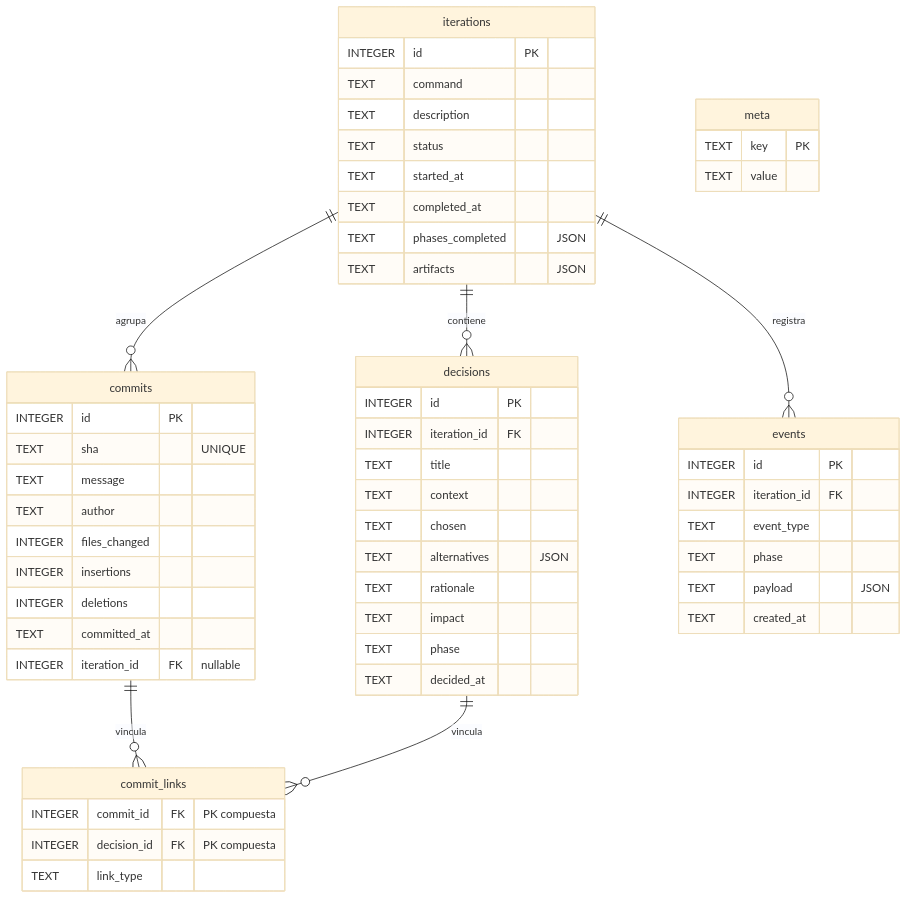
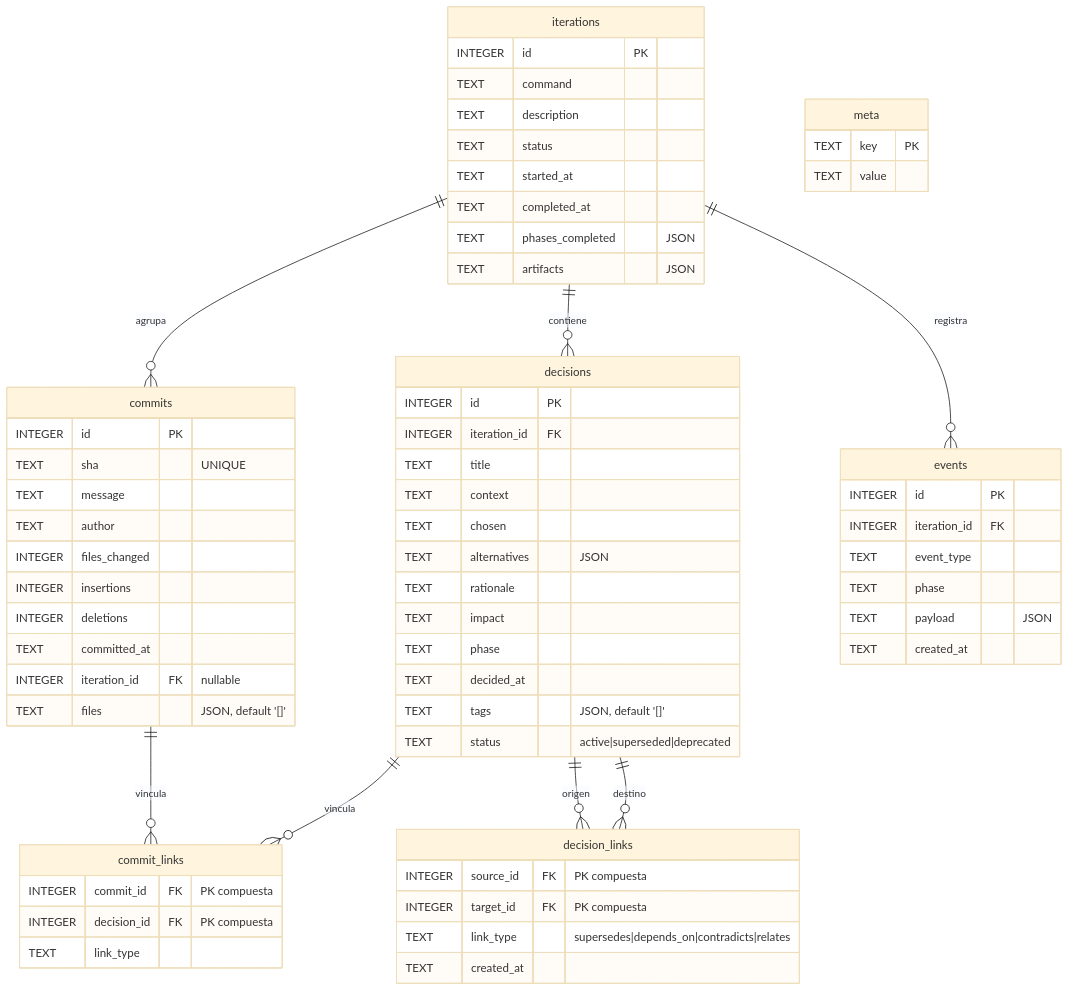
Before and after one commit to 686f6c61/Claude-JARVIS-dev: the first of 2 diagrams in docs/memory.md, drawn with Mermaid (base theme). The commit also changed other lines of this file and 5 other files, not shown here.

````diff
--- a/docs/memory.md
+++ b/docs/memory.md
@@ -16,64 +16,76 @@
 ```mermaid
 erDiagram
     iterations {
         INTEGER id PK
         TEXT command
         TEXT description
         TEXT status
         TEXT started_at
         TEXT completed_at
         TEXT phases_completed "JSON"
         TEXT artifacts "JSON"
     }
 
     decisions {
         INTEGER id PK
         INTEGER iteration_id FK
         TEXT title
         TEXT context
         TEXT chosen
         TEXT alternatives "JSON"
         TEXT rationale
         TEXT impact
         TEXT phase
         TEXT decided_at
+        TEXT tags "JSON, default '[]'"
+        TEXT status "active|superseded|deprecated"
     }
 
     commits {
         INTEGER id PK
         TEXT sha "UNIQUE"
         TEXT message
         TEXT author
         INTEGER files_changed
         INTEGER insertions
         INTEGER deletions
         TEXT committed_at
         INTEGER iteration_id FK "nullable"
+        TEXT files "JSON, default '[]'"
     }
 
     commit_links {
         INTEGER commit_id FK "PK compuesta"
         INTEGER decision_id FK "PK compuesta"
         TEXT link_type
+    }
+
+    decision_links {
+        INTEGER source_id FK "PK compuesta"
+        INTEGER target_id FK "PK compuesta"
+        TEXT link_type "supersedes|depends_on|contradicts|relates"
+        TEXT created_at
     }
 
     events {
         INTEGER id PK
         INTEGER iteration_id FK
         TEXT event_type
         TEXT phase
         TEXT payload "JSON"
         TEXT created_at
     }
 
     meta {
         TEXT key PK
         TEXT value
     }
 
     iterations ||--o{ decisions : "contiene"
     iterations ||--o{ commits : "agrupa"
     iterations ||--o{ events : "registra"
     commits ||--o{ commit_links : "vincula"
     decisions ||--o{ commit_links : "vincula"
+    decisions ||--o{ decision_links : "origen"
+    decisions ||--o{ decision_links : "destino"
 ```
````
